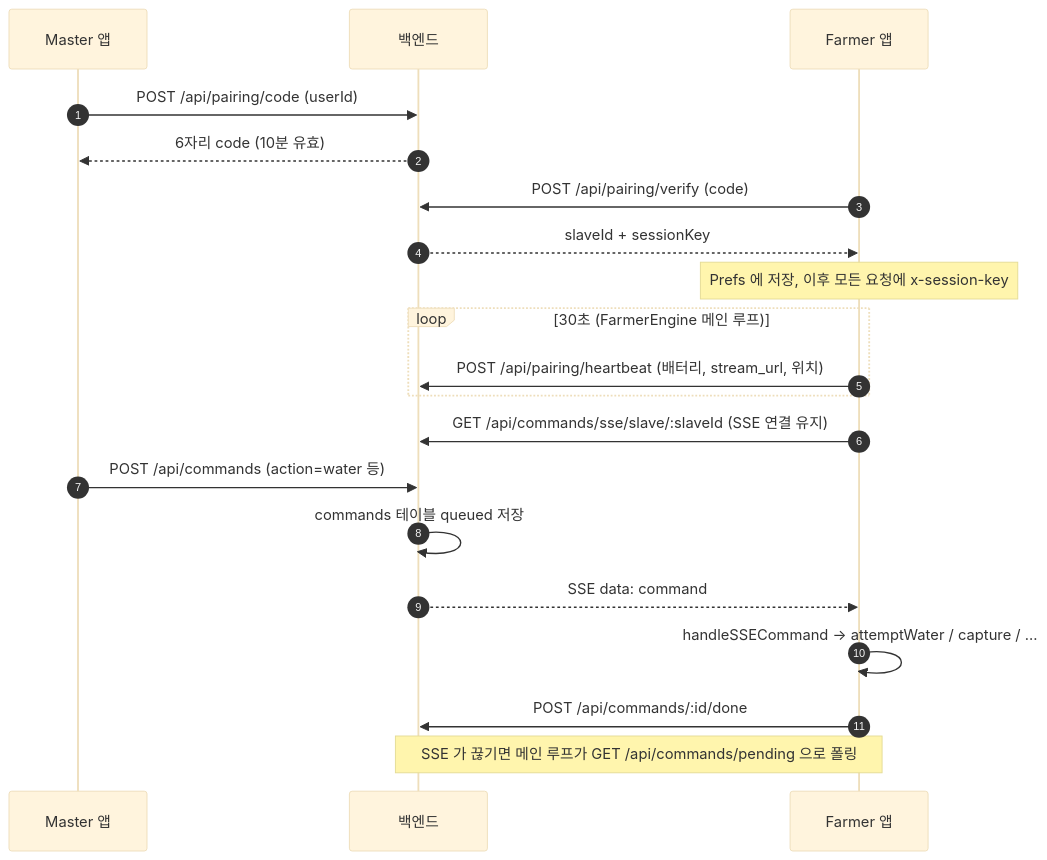
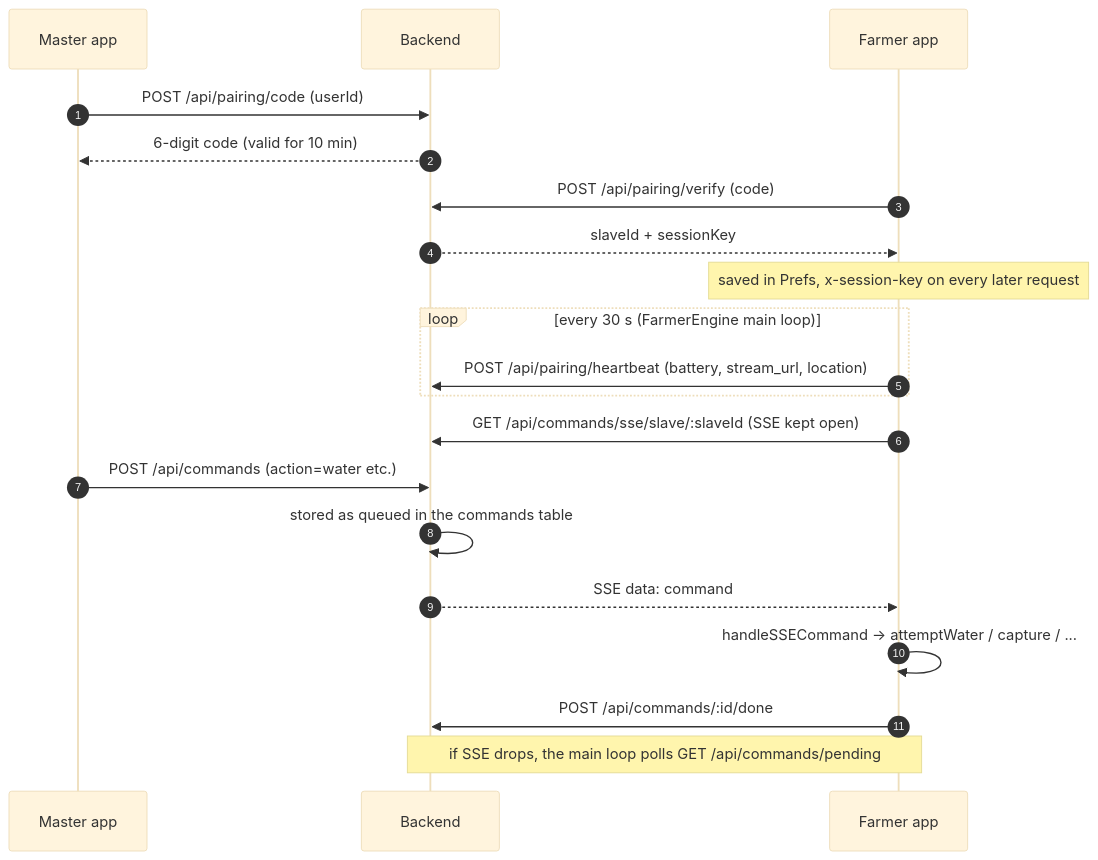
Before and after one commit to chungbrain/OOJOO-FARM: the sixth of 16 diagrams in docs/code-graph/README.md, drawn with Mermaid (base theme). The commit also changed other lines of this file and 7 other files, not shown here.

First line of the commit message:
docs: English code graph as default, Korean in *_kor.md

````diff
--- a/docs/code-graph/README.md
+++ b/docs/code-graph/README.md
@@ -171,22 +171,22 @@
 ```mermaid
 sequenceDiagram
   autonumber
-  participant M as Master 앱
-  participant B as 백엔드
-  participant F as Farmer 앱
+  participant M as Master app
+  participant B as Backend
+  participant F as Farmer app
   M->>B: POST /api/pairing/code (userId)
-  B-->>M: 6자리 code (10분 유효)
+  B-->>M: 6-digit code (valid for 10 min)
   F->>B: POST /api/pairing/verify (code)
   B-->>F: slaveId + sessionKey
-  Note over F: Prefs 에 저장, 이후 모든 요청에 x-session-key
-  loop 30초 (FarmerEngine 메인 루프)
-    F->>B: POST /api/pairing/heartbeat (배터리, stream_url, 위치)
+  Note over F: saved in Prefs, x-session-key on every later request
+  loop every 30 s (FarmerEngine main loop)
+    F->>B: POST /api/pairing/heartbeat (battery, stream_url, location)
   end
-  F->>B: GET /api/commands/sse/slave/:slaveId (SSE 연결 유지)
-  M->>B: POST /api/commands (action=water 등)
-  B->>B: commands 테이블 queued 저장
+  F->>B: GET /api/commands/sse/slave/:slaveId (SSE kept open)
+  M->>B: POST /api/commands (action=water etc.)
+  B->>B: stored as queued in the commands table
   B-->>F: SSE data: command
   F->>F: handleSSECommand → attemptWater / capture / ...
   F->>B: POST /api/commands/:id/done
-  Note over F,B: SSE 가 끊기면 메인 루프가 GET /api/commands/pending 으로 폴링
+  Note over F,B: if SSE drops, the main loop polls GET /api/commands/pending
 ```
````
